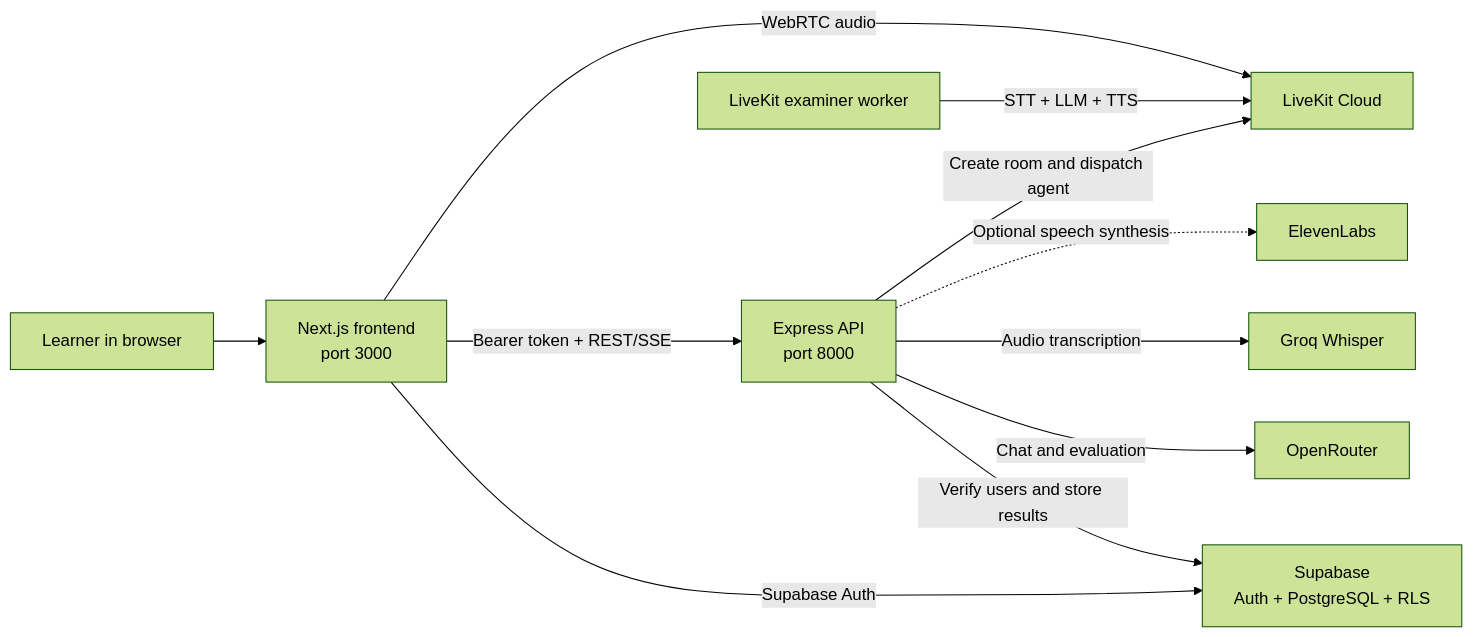
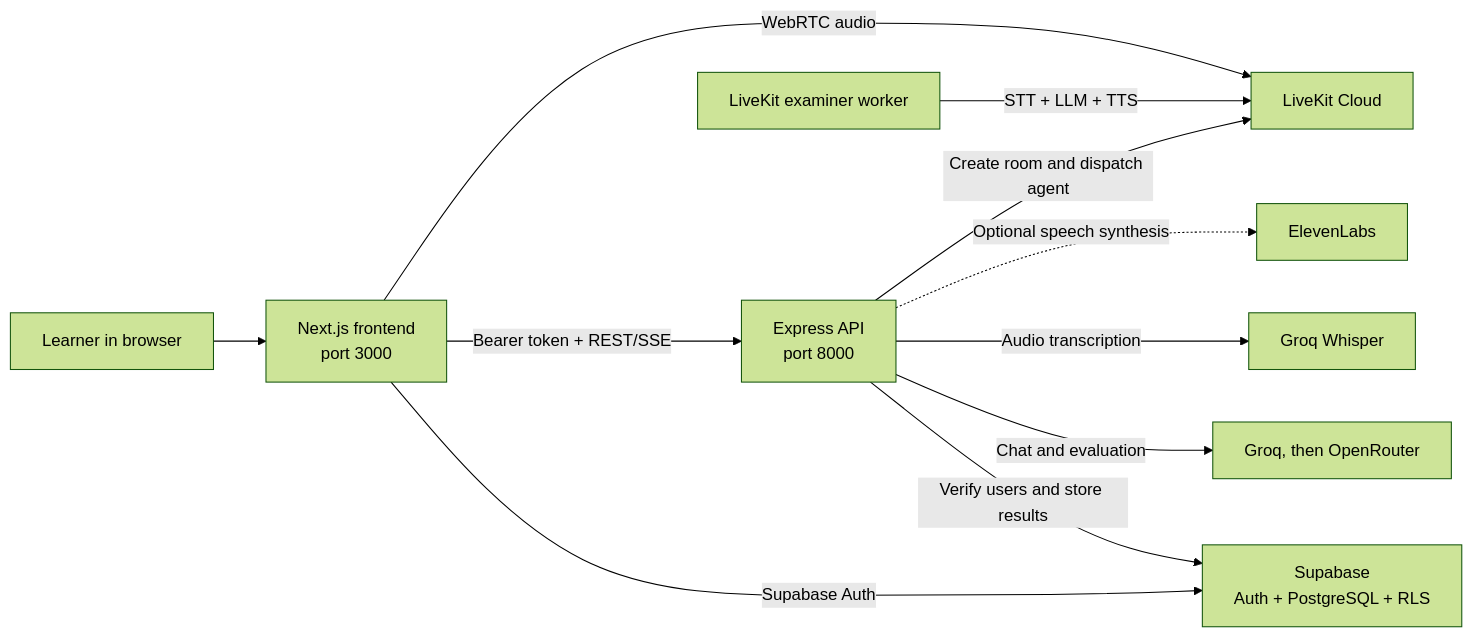
The diagram in README.md (meetmehta0685/ielts-platform), drawn with Mermaid (forest theme) before and after one commit. The commit also changed other lines of this file and 11 other files, not shown here.

````diff
--- a/README.md
+++ b/README.md
@@ -46,13 +46,13 @@
 ```mermaid
 flowchart LR
     U["Learner in browser"] --> F["Next.js frontend<br/>port 3000"]
     F -->|"Supabase Auth"| S["Supabase<br/>Auth + PostgreSQL + RLS"]
     F -->|"Bearer token + REST/SSE"| B["Express API<br/>port 8000"]
     B -->|"Verify users and store results"| S
-    B -->|"Chat and evaluation"| O["OpenRouter"]
+    B -->|"Chat and evaluation"| O["Groq, then OpenRouter"]
     B -->|"Audio transcription"| G["Groq Whisper"]
     B -.->|"Optional speech synthesis"| E["ElevenLabs"]
     F -->|"WebRTC audio"| L["LiveKit Cloud"]
     B -->|"Create room and dispatch agent"| L
     A["LiveKit examiner worker"] -->|"STT + LLM + TTS"| L
 ```
````
